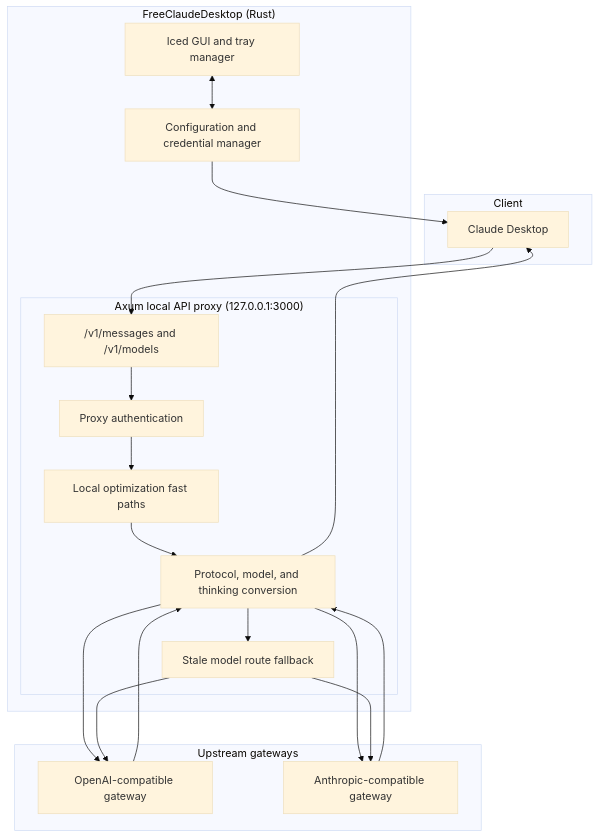
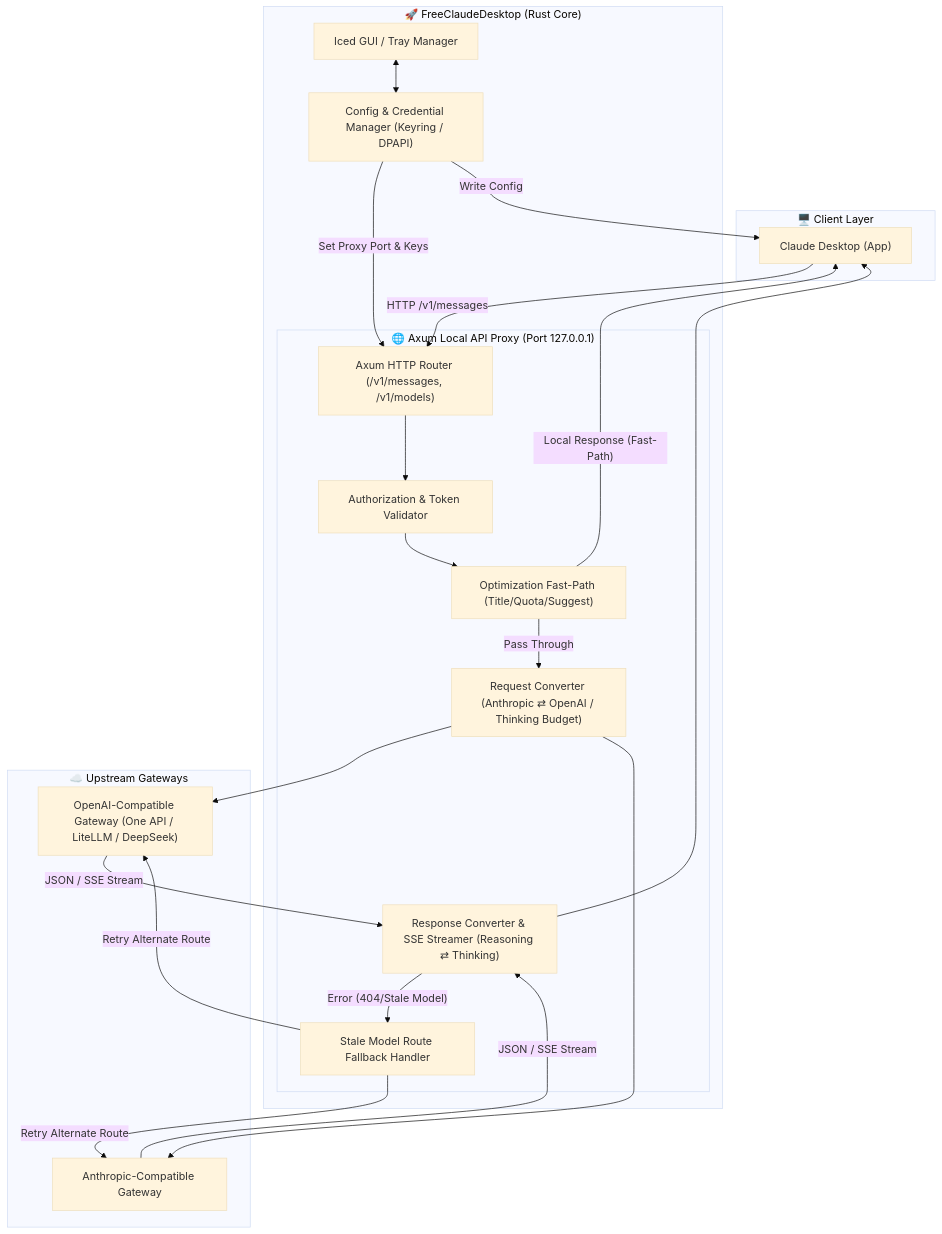
One commit to mushroomTW/FreeClaudeDesktop changed the first of 2 diagrams in README.md. Above: the diagram before and after it, drawn with Mermaid (base theme). The commit also changed other lines of this file and 4 other files, not shown here.

First line of the commit message:
docs/build: 統一編譯二進位檔名稱為 FreeClaudeDesktop 並校對中英文說明文件

````diff
--- a/README.md
+++ b/README.md
@@ -15,33 +15,43 @@
 ```mermaid
 flowchart TD
-    subgraph Client ["Client"]
-        CD["Claude Desktop"]
+    subgraph Client ["🖥️ Client Layer"]
+        CD["Claude Desktop (App)"]
     end
 
-    subgraph Launcher ["FreeClaudeDesktop (Rust)"]
-        GUI["Iced GUI and tray manager"]
-        Config["Configuration and credential manager"]
+    subgraph Launcher ["🚀 FreeClaudeDesktop (Rust Core)"]
+        GUI["Iced GUI / Tray Manager"]
+        Config["Config & Credential Manager (Keyring / DPAPI)"]
+        
+        subgraph ProxyServer ["🌐 Axum Local API Proxy (Port 127.0.0.1)"]
+            Router["Axum HTTP Router (/v1/messages, /v1/models)"]
+            AuthValidator["Authorization & Token Validator"]
+            FastPath["Optimization Fast-Path (Title/Quota/Suggest)"]
+            ReqConv["Request Converter (Anthropic ⇄ OpenAI / Thinking Budget)"]
+            RespConv["Response Converter & SSE Streamer (Reasoning ⇄ Thinking)"]
+            Fallback["Stale Model Route Fallback Handler"]
+        end
 
-        subgraph Proxy ["Axum local API proxy (127.0.0.1:3000)"]
-            Router["/v1/messages and /v1/models"]
-            Auth["Proxy authentication"]
-            FastPath["Local optimization fast paths"]
-            Converter["Protocol, model, and thinking conversion"]
-            Fallback["Stale model route fallback"]
-        end
     end
 
-    subgraph Upstream ["Upstream gateways"]
-        OpenAI["OpenAI-compatible gateway"]
-        Anthropic["Anthropic-compatible gateway"]
+    subgraph Upstream ["☁️ Upstream Gateways"]
+        GW1["OpenAI-Compatible Gateway (One API / LiteLLM / DeepSeek)"]
+        GW2["Anthropic-Compatible Gateway"]
     end
 
+    CD -- "HTTP /v1/messages" --> Router
     GUI <--> Config
-    Config --> CD
-    CD --> Router --> Auth --> FastPath --> Converter
-    Converter --> OpenAI & Anthropic
-    OpenAI & Anthropic --> Converter
-    Converter --> Fallback
-    Fallback --> OpenAI & Anthropic
-    Converter --> CD
+    Config -- "Set Proxy Port & Keys" --> Router
+    Config -- "Write Config" --> CD
+
+    Router --> AuthValidator
+    AuthValidator --> FastPath
+    FastPath -- "Local Response (Fast-Path)" --> CD
+    FastPath -- "Pass Through" --> ReqConv
+
+    ReqConv --> GW1 & GW2
+    GW1 & GW2 -- "JSON / SSE Stream" --> RespConv
+    RespConv -- "Error (404/Stale Model)" --> Fallback
+    Fallback -- "Retry Alternate Route" --> GW1 & GW2
+    RespConv --> CD
+
 ```
````
